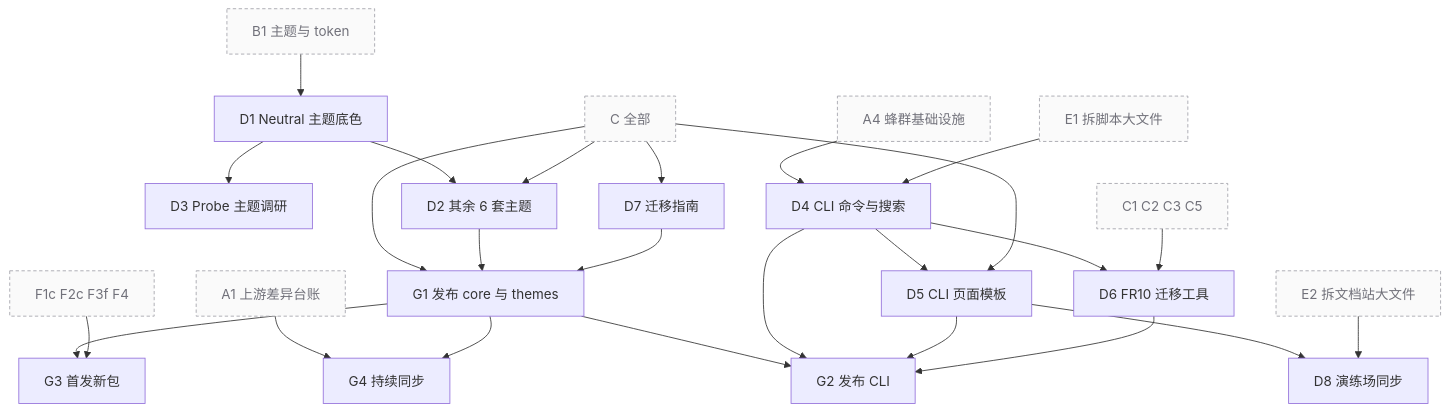
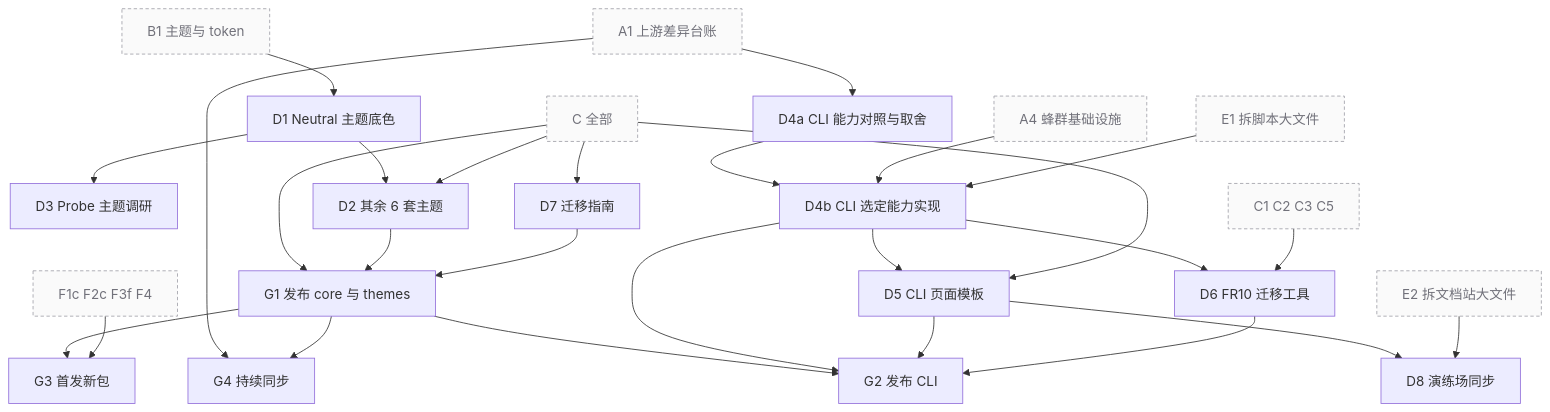
Before and after one commit to astryx-vue/astryx-vue: the fifth of 6 diagrams in .agents-work/upstream-sync/ROADMAP.md, drawn with Mermaid. The commit also changed other lines of this file and 5 other files, not shown here.

````diff
--- a/.agents-work/upstream-sync/ROADMAP.md
+++ b/.agents-work/upstream-sync/ROADMAP.md
@@ -220,22 +221,24 @@
 ```mermaid
 flowchart TB
   classDef ext fill:#fafafa,stroke:#a1a1aa,stroke-dasharray:4 3,color:#71717a
   B1["B1 主题与 token"]:::ext --> D1["D1 Neutral 主题底色"]
   D1 --> D3["D3 Probe 主题调研"]
   CALL["C 全部"]:::ext
   D1 & CALL --> D2["D2 其余 6 套主题"]
-  A4["A4 蜂群基础设施"]:::ext --> D4["D4 CLI 命令与搜索"]
-  E1["E1 拆脚本大文件"]:::ext --> D4
-  D4 & CALL --> D5["D5 CLI 页面模板"]
-  D4 --> D6["D6 FR10 迁移工具"]
+  A1["A1 上游差异台账"]:::ext --> D4a["D4a CLI 能力对照与取舍"]
+  D4a --> D4b["D4b CLI 选定能力实现"]
+  A4["A4 蜂群基础设施"]:::ext --> D4b
+  E1["E1 拆脚本大文件"]:::ext --> D4b
+  D4b & CALL --> D5["D5 CLI 页面模板"]
+  D4b --> D6["D6 FR10 迁移工具"]
   C1235["C1 C2 C3 C5"]:::ext --> D6
   CALL --> D7["D7 迁移指南"]
   D5 --> D8["D8 演练场同步"]
   E2["E2 拆文档站大文件"]:::ext --> D8
   CALL & D2 & D7 --> G1["G1 发布 core 与 themes"]
-  G1 & D4 & D5 & D6 --> G2["G2 发布 CLI"]
-  A1["A1 上游差异台账"]:::ext --> G4["G4 持续同步"]
+  G1 & D4b & D5 & D6 --> G2["G2 发布 CLI"]
+  A1 --> G4["G4 持续同步"]
   G1 --> G4
   G1 --> G3["G3 首发新包"]
   FDOC["F1c F2c F3f F4"]:::ext --> G3
 ```
````
